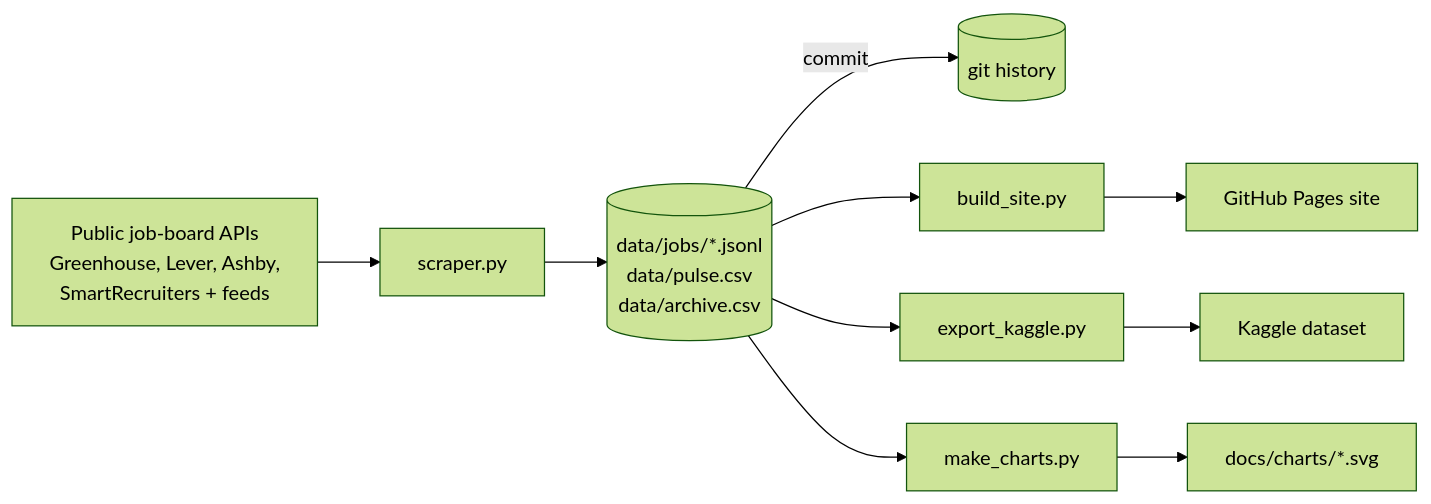
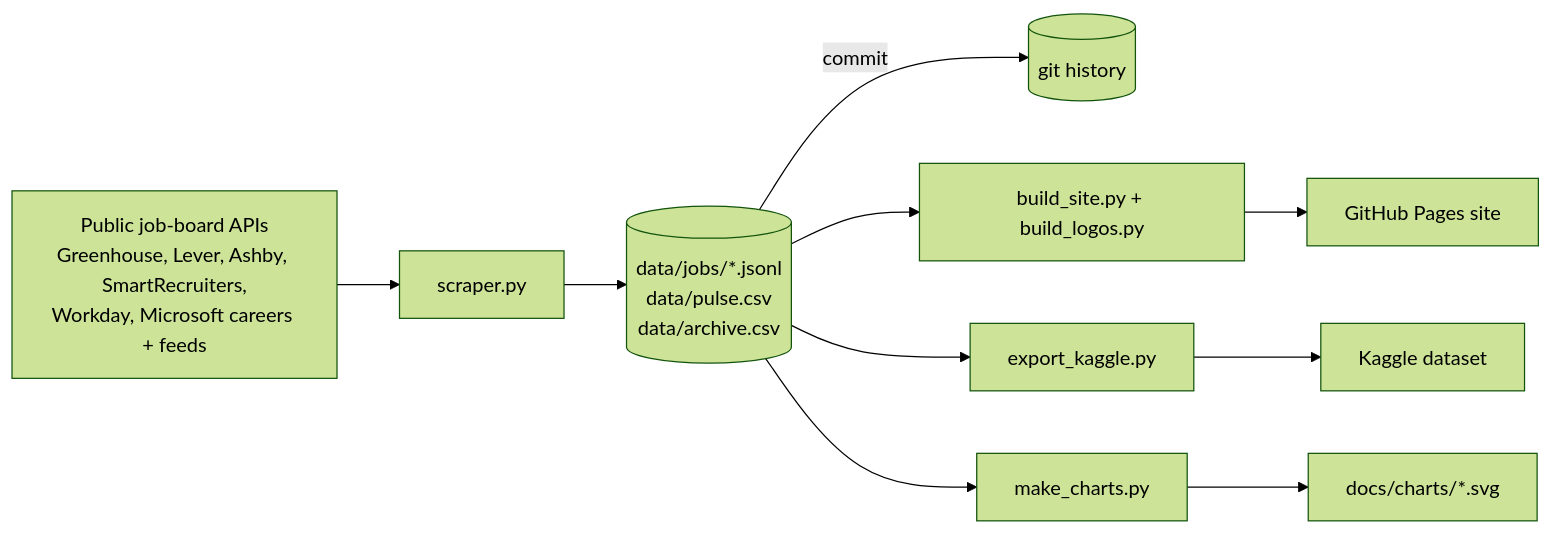
Before and after one commit to chandranshB/roleBase: the diagram in README.md, drawn with Mermaid (forest theme). The commit also changed other lines of this file and 4 other files, not shown here.

````diff
--- a/README.md
+++ b/README.md
@@ -44,9 +44,9 @@
 ```mermaid
 flowchart LR
-  A["Public job-board APIs<br/>Greenhouse, Lever, Ashby,<br/>SmartRecruiters + feeds"] --> B[scraper.py]
+  A["Public job-board APIs<br/>Greenhouse, Lever, Ashby, SmartRecruiters,<br/>Workday, Microsoft careers + feeds"] --> B[scraper.py]
   B --> C[("data/jobs/*.jsonl<br/>data/pulse.csv<br/>data/archive.csv")]
   C -->|commit| G[(git history)]
-  C --> D[build_site.py] --> E[GitHub Pages site]
+  C --> D[build_site.py + build_logos.py] --> E[GitHub Pages site]
   C --> F[export_kaggle.py] --> H[Kaggle dataset]
   C --> I[make_charts.py] --> J[docs/charts/*.svg]
 ```
````
